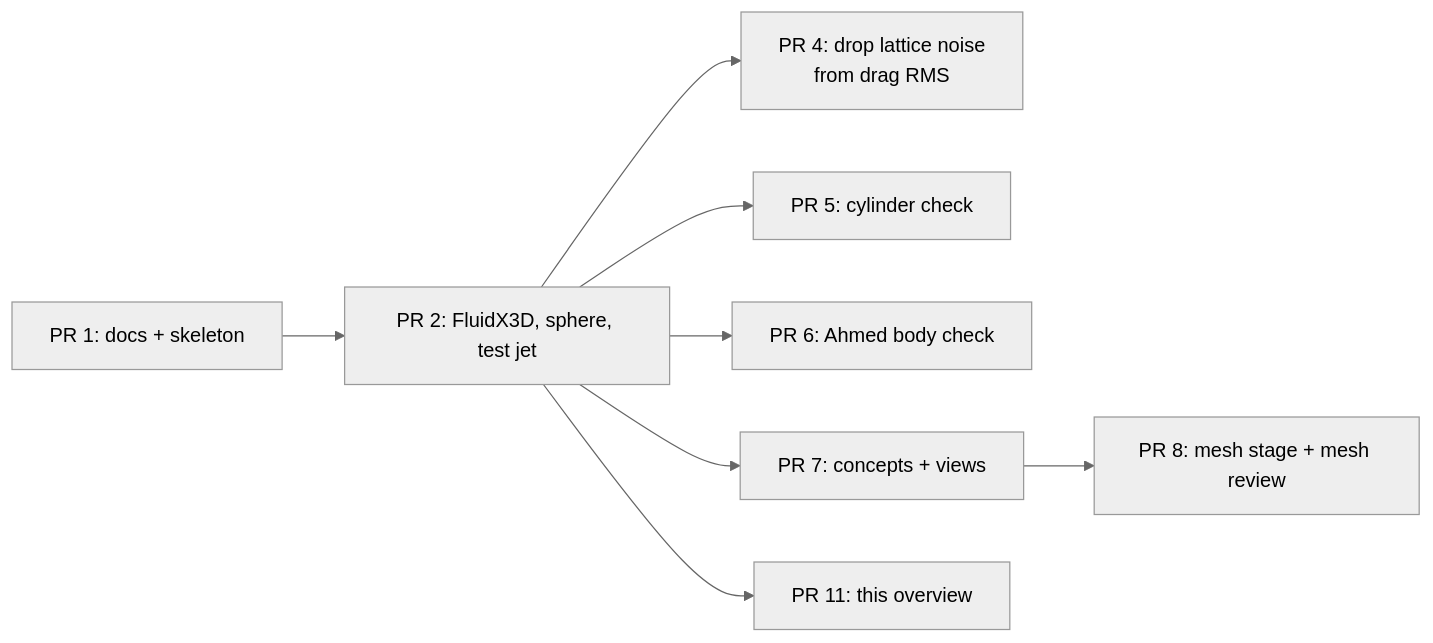
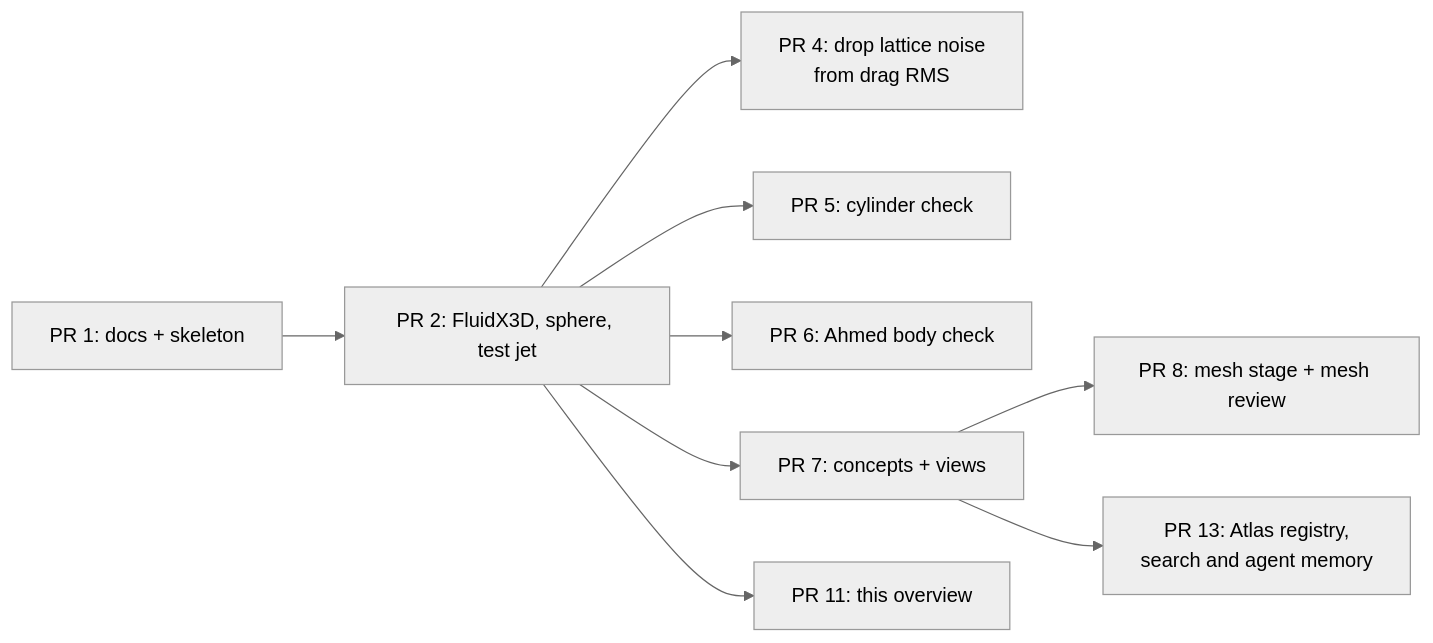
Before and after one commit to Hrrsmjd/flowarc: the fifth of 6 diagrams in docs/overview.md, drawn with Mermaid (neutral theme). The commit also changed other lines of this file, not shown here.

First line of the commit message:
Overview: MongoDB Atlas registry, its features and the Stream Processing decision

````diff
--- a/docs/overview.md
+++ b/docs/overview.md
@@ -96,10 +124,11 @@
 ```mermaid
 flowchart LR
     P1[PR 1: docs + skeleton] --> P2[PR 2: FluidX3D, sphere, test jet]
     P2 --> P4[PR 4: drop lattice noise<br/>from drag RMS]
     P2 --> P5[PR 5: cylinder check]
     P2 --> P6[PR 6: Ahmed body check]
     P2 --> P7[PR 7: concepts + views]
     P7 --> P8[PR 8: mesh stage + mesh review]
     P2 --> P11[PR 11: this overview]
+    P7 --> P13[PR 13: Atlas registry,<br/>search and agent memory]
 ```
````
